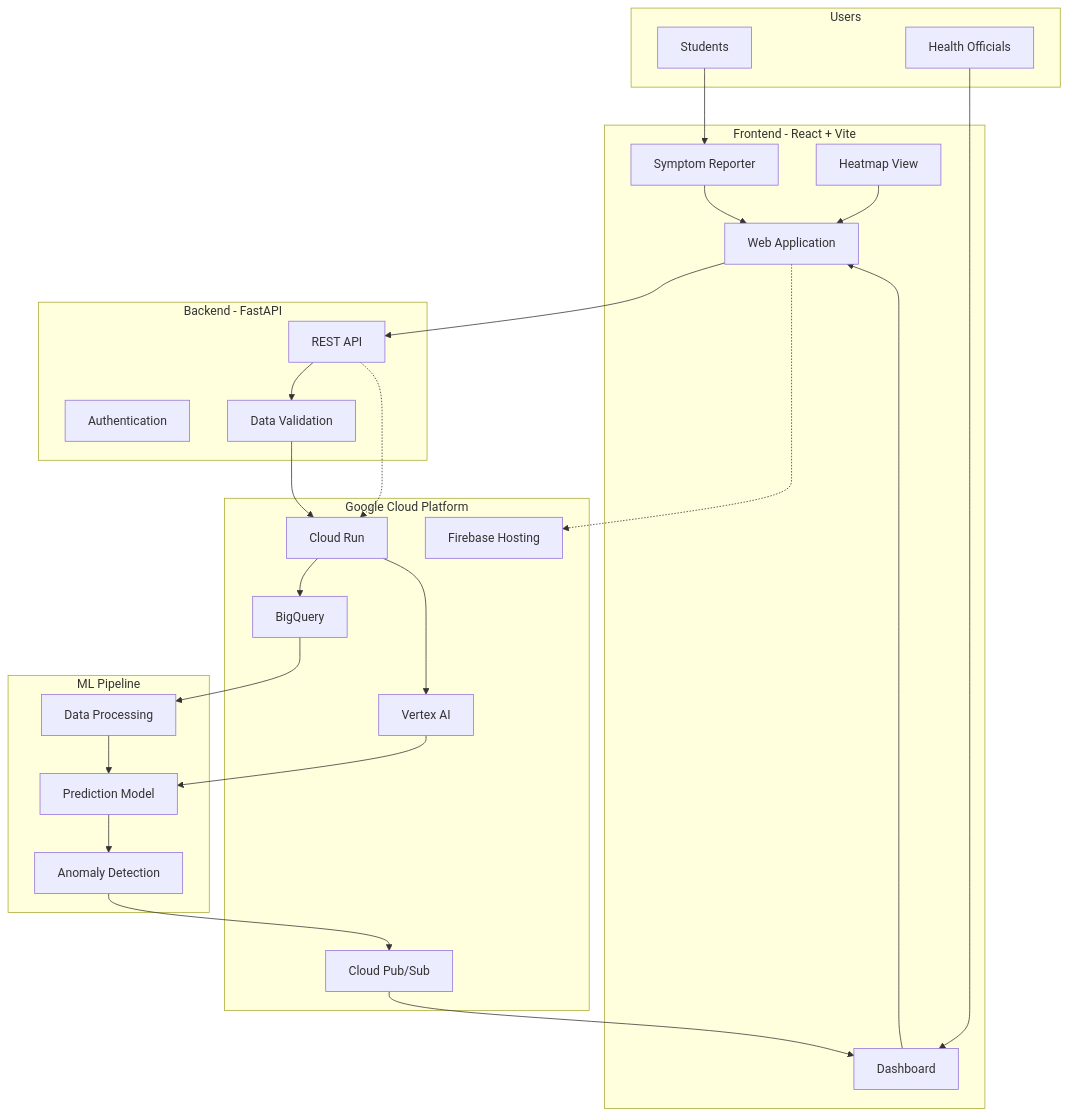
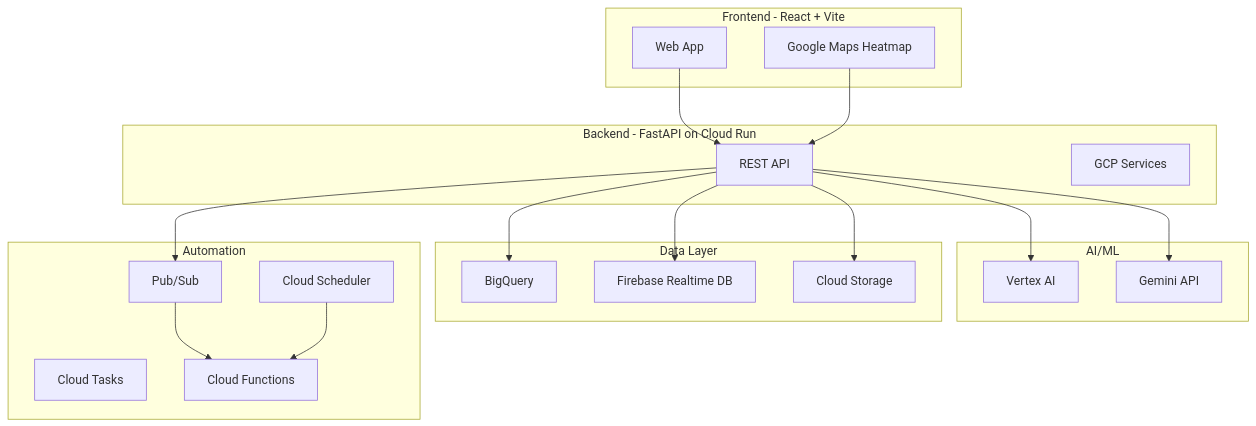
The diagram in README.md (Dijo-404/FEVER-ORACLE-Campus-Disease-Outbreak-Prediction-System), drawn with Mermaid before and after one commit. The commit also changed other lines of this file, not shown here.

````diff
--- a/README.md
+++ b/README.md
@@ -36,57 +44,37 @@
 ```mermaid
 flowchart TB
-    subgraph Users["Users"]
-        S[Students]
-        H[Health Officials]
+    subgraph Frontend["Frontend - React + Vite"]
+        UI[Web App]
+        MAPS[Google Maps Heatmap]
     end
 
-    subgraph Frontend["Frontend - React + Vite"]
-        UI[Web Application]
-        SR[Symptom Reporter]
-        DB[Dashboard]
-        HM[Heatmap View]
+    subgraph Backend["Backend - FastAPI on Cloud Run"]
+        API[REST API]
+        SVC[GCP Services]
     end
 
-    subgraph Backend["Backend - FastAPI"]
-        API[REST API]
-        AUTH[Authentication]
-        VAL[Data Validation]
+    subgraph AI["AI/ML"]
+        VA[Vertex AI]
+        GM[Gemini API]
     end
 
-    subgraph GoogleCloud["Google Cloud Platform"]
-        CR[Cloud Run]
+    subgraph Data["Data Layer"]
         BQ[BigQuery]
-        VA[Vertex AI]
-        PS[Cloud Pub/Sub]
-        FB[Firebase Hosting]
+        FDB[Firebase Realtime DB]
+        GCS[Cloud Storage]
     end
 
-    subgraph ML["ML Pipeline"]
-        DP[Data Processing]
-        PM[Prediction Model]
-        AD[Anomaly Detection]
+    subgraph Automation["Automation"]
+        PS[Pub/Sub]
+        CT[Cloud Tasks]
+        CS[Cloud Scheduler]
+        CF[Cloud Functions]
     end
 
-    S --> SR
-    H --> DB
-    SR --> UI
-    DB --> UI
-    HM --> UI
-
     UI --> API
-    API --> VAL
-    VAL --> CR
-
-    CR --> BQ
-    CR --> VA
-    VA --> PM
-    PM --> AD
-    AD --> PS
-    PS --> DB
-
-    BQ --> DP
-    DP --> PM
-
-    UI -.-> FB
-    API -.-> CR
+    MAPS --> API
+    API --> VA & GM
+    API --> BQ & FDB & GCS
+    API --> PS --> CF
+    CS --> CF
 ```
````
